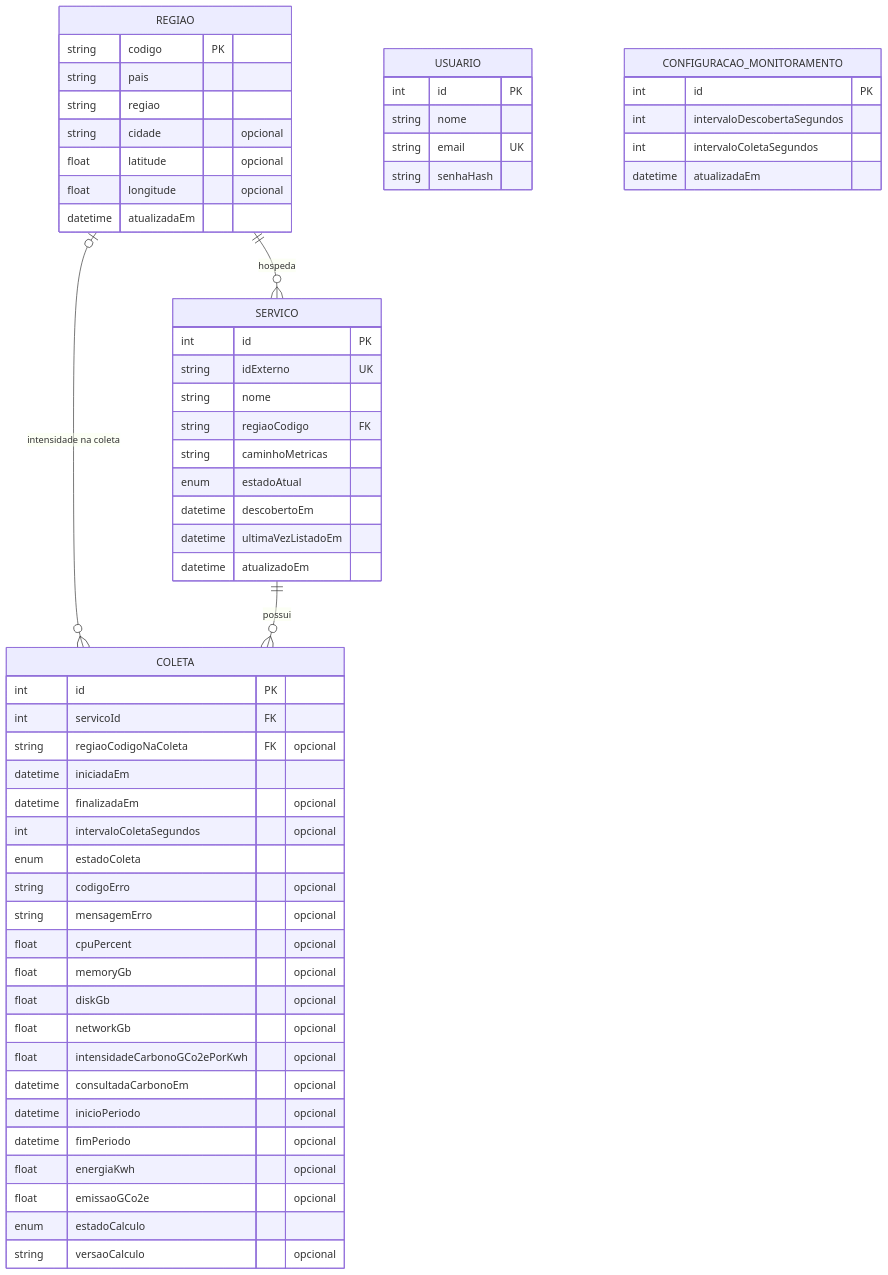
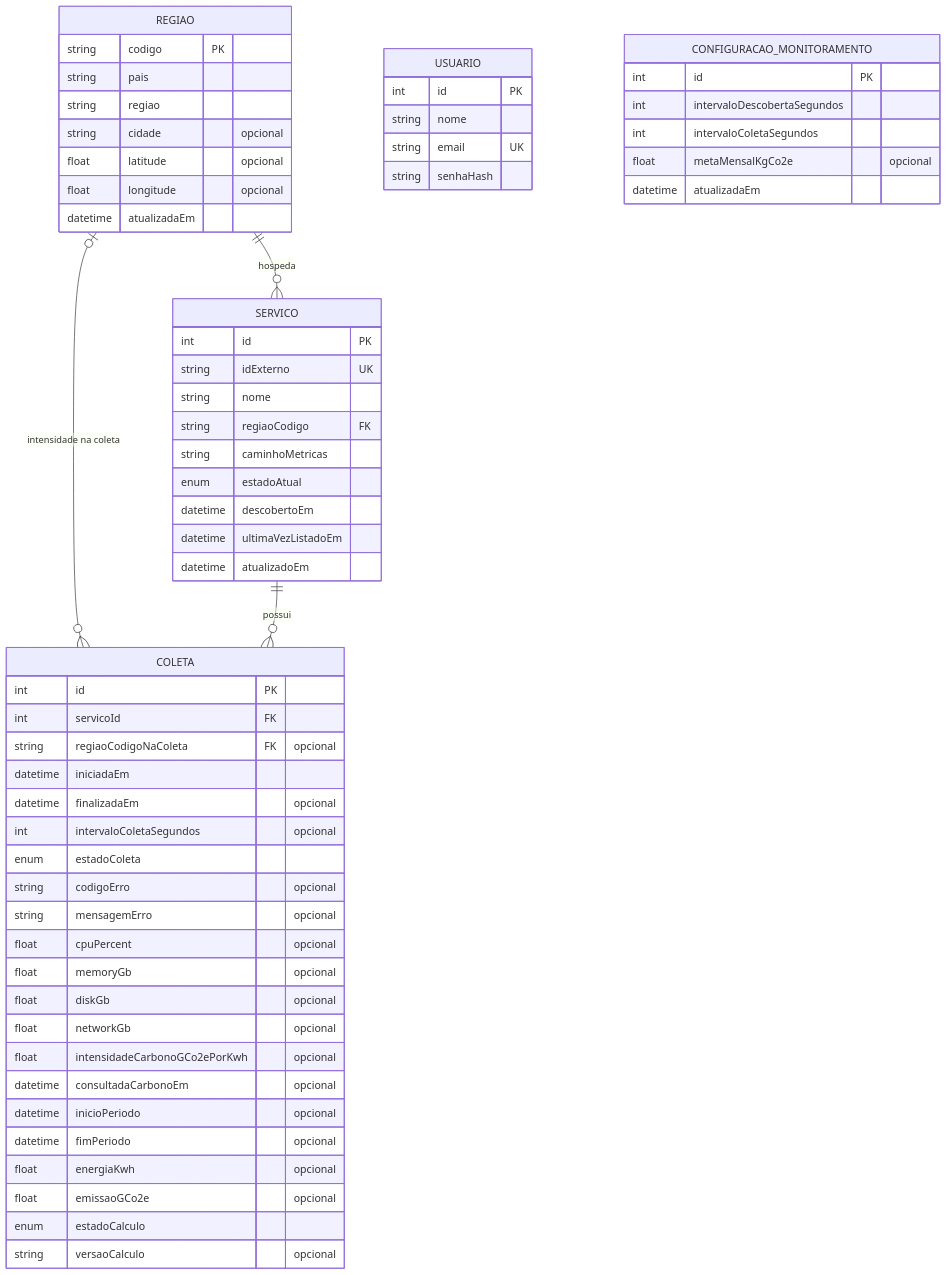
Before and after one commit to abpundefined/3DSM-ABP-UNDEFINED: the second of 2 diagrams in README.md, drawn with Mermaid. The commit also changed other lines of this file and 12 other files, not shown here.

````diff
--- a/README.md
+++ b/README.md
@@ -93,62 +93,63 @@
 ```mermaid
 erDiagram
     REGIAO ||--o{ SERVICO : "hospeda"
     REGIAO |o--o{ COLETA : "intensidade na coleta"
     SERVICO ||--o{ COLETA : "possui"
 
     REGIAO {
         string codigo PK
         string pais
         string regiao
         string cidade "opcional"
         float latitude "opcional"
         float longitude "opcional"
         datetime atualizadaEm
     }
     SERVICO {
         int id PK
         string idExterno UK
         string nome
         string regiaoCodigo FK
         string caminhoMetricas
         enum estadoAtual
         datetime descobertoEm
         datetime ultimaVezListadoEm
         datetime atualizadoEm
     }
     COLETA {
         int id PK
         int servicoId FK
         string regiaoCodigoNaColeta FK "opcional"
         datetime iniciadaEm
         datetime finalizadaEm "opcional"
         int intervaloColetaSegundos "opcional"
         enum estadoColeta
         string codigoErro "opcional"
         string mensagemErro "opcional"
         float cpuPercent "opcional"
         float memoryGb "opcional"
         float diskGb "opcional"
         float networkGb "opcional"
         float intensidadeCarbonoGCo2ePorKwh "opcional"
         datetime consultadaCarbonoEm "opcional"
         datetime inicioPeriodo "opcional"
         datetime fimPeriodo "opcional"
         float energiaKwh "opcional"
         float emissaoGCo2e "opcional"
         enum estadoCalculo
         string versaoCalculo "opcional"
     }
     USUARIO {
         int id PK
         string nome
         string email UK
         string senhaHash
     }
     CONFIGURACAO_MONITORAMENTO {
         int id PK
         int intervaloDescobertaSegundos
         int intervaloColetaSegundos
+        float metaMensalKgCo2e "opcional"
         datetime atualizadaEm
     }
 ```
````
